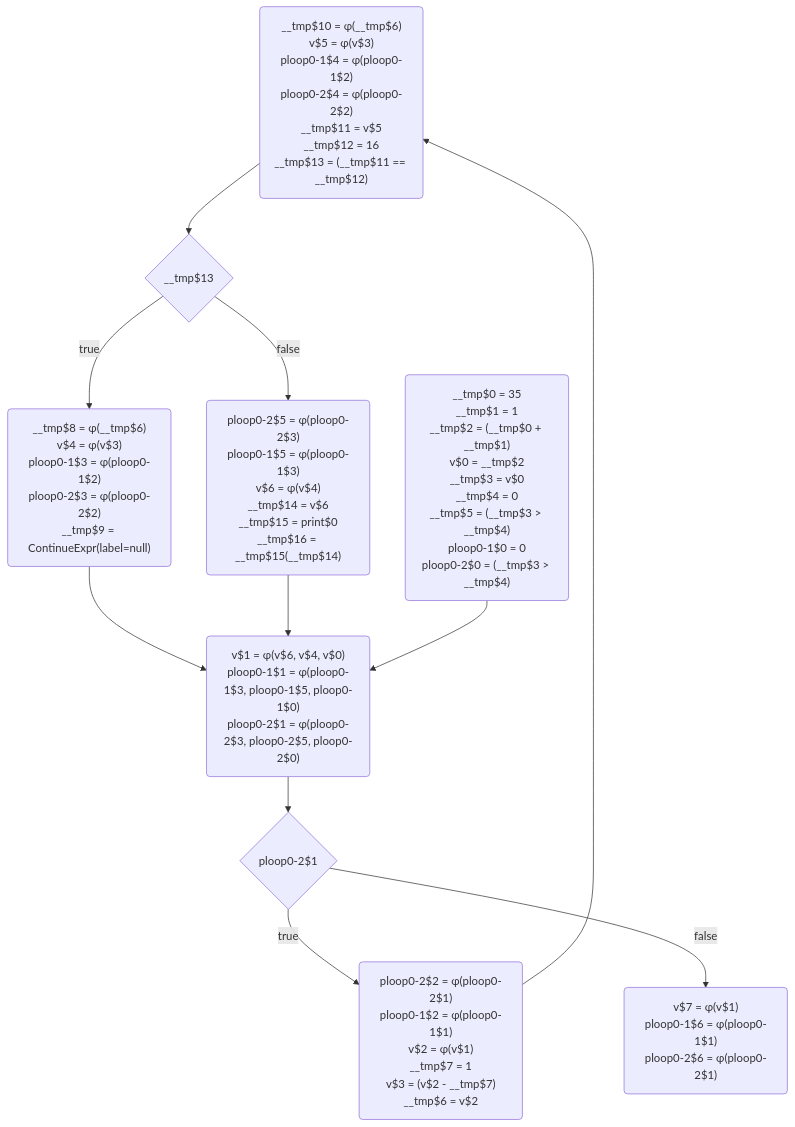
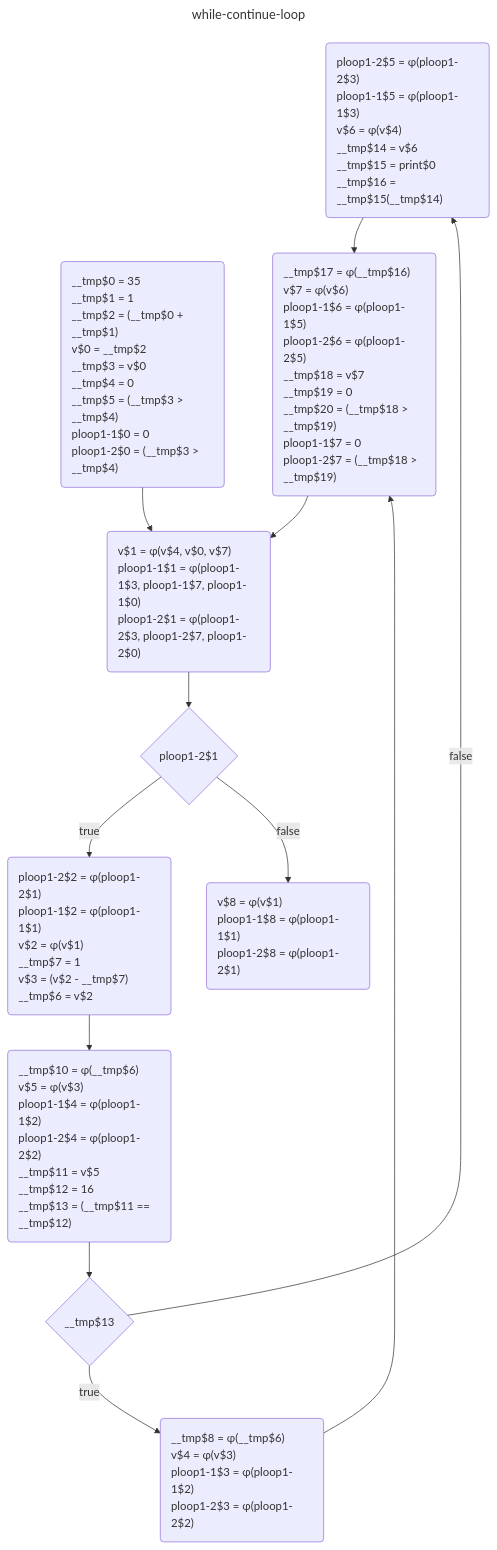
One commit to dee-tree/sav-lab1 changed the diagram in res/while-continue-loop/ssa-diagram_unoptimized.mmd. Above: the diagram before and after it, drawn with Mermaid. The commit also changed 33 other files, not shown here.

```diff
--- a/res/while-continue-loop/ssa-diagram_unoptimized.mmd
+++ b/res/while-continue-loop/ssa-diagram_unoptimized.mmd
@@ -1,20 +1,26 @@
+---
+title: while-continue-loop
+---
 flowchart TD
-	if_cond$4("__tmp$10 = φ(__tmp$6)<br>v$5 = φ(v$3)<br>ploop0-1$4 = φ(ploop0-1$2)<br>ploop0-2$4 = φ(ploop0-2$2)<br>__tmp$11 = v$5<br>__tmp$12 = 16<br>__tmp$13 = (__tmp$11 == __tmp$12)")
-	cond$2{"ploop0-2$1"}
-	while_start$1("v$1 = φ(v$6, v$4, v$0)<br>ploop0-1$1 = φ(ploop0-1$3, ploop0-1$5, ploop0-1$0)<br>ploop0-2$1 = φ(ploop0-2$3, ploop0-2$5, ploop0-2$0)")
-	cond$5{"__tmp$13"}
-	while_exit$8("v$7 = φ(v$1)<br>ploop0-1$6 = φ(ploop0-1$1)<br>ploop0-2$6 = φ(ploop0-2$1)")
-	entry$0("__tmp$0 = 35<br>__tmp$1 = 1<br>__tmp$2 = (__tmp$0 + __tmp$1)<br>v$0 = __tmp$2<br>__tmp$3 = v$0<br>__tmp$4 = 0<br>__tmp$5 = (__tmp$3 > __tmp$4)<br>ploop0-1$0 = 0<br>ploop0-2$0 = (__tmp$3 > __tmp$4)")
-	while_body$3("ploop0-2$2 = φ(ploop0-2$1)<br>ploop0-1$2 = φ(ploop0-1$1)<br>v$2 = φ(v$1)<br>__tmp$7 = 1<br>v$3 = (v$2 - __tmp$7)<br>__tmp$6 = v$2")
-	if_merged$7("ploop0-2$5 = φ(ploop0-2$3)<br>ploop0-1$5 = φ(ploop0-1$3)<br>v$6 = φ(v$4)<br>__tmp$14 = v$6<br>__tmp$15 = print$0<br>__tmp$16 = __tmp$15(__tmp$14)")
-	if_true$6("__tmp$8 = φ(__tmp$6)<br>v$4 = φ(v$3)<br>ploop0-1$3 = φ(ploop0-1$2)<br>ploop0-2$3 = φ(ploop0-2$2)<br>__tmp$9 = ContinueExpr(label=null)")
-	while_body$3 -->  if_cond$4
-	cond$5 --> |"false"| if_merged$7
+	if_merged$8("ploop1-2$5 = φ(ploop1-2$3)<br>ploop1-1$5 = φ(ploop1-1$3)<br>v$6 = φ(v$4)<br>__tmp$14 = v$6<br>__tmp$15 = print$0<br>__tmp$16 = __tmp$15(__tmp$14)"):::defstyle
+	while_start$1("v$1 = φ(v$4, v$0, v$7)<br>ploop1-1$1 = φ(ploop1-1$3, ploop1-1$7, ploop1-1$0)<br>ploop1-2$1 = φ(ploop1-2$3, ploop1-2$7, ploop1-2$0)"):::defstyle
+	entry$0("__tmp$0 = 35<br>__tmp$1 = 1<br>__tmp$2 = (__tmp$0 + __tmp$1)<br>v$0 = __tmp$2<br>__tmp$3 = v$0<br>__tmp$4 = 0<br>__tmp$5 = (__tmp$3 > __tmp$4)<br>ploop1-1$0 = 0<br>ploop1-2$0 = (__tmp$3 > __tmp$4)"):::defstyle
+	while_body$3("ploop1-2$2 = φ(ploop1-2$1)<br>ploop1-1$2 = φ(ploop1-1$1)<br>v$2 = φ(v$1)<br>__tmp$7 = 1<br>v$3 = (v$2 - __tmp$7)<br>__tmp$6 = v$2"):::defstyle
+	if_cond$4("__tmp$10 = φ(__tmp$6)<br>v$5 = φ(v$3)<br>ploop1-1$4 = φ(ploop1-1$2)<br>ploop1-2$4 = φ(ploop1-2$2)<br>__tmp$11 = v$5<br>__tmp$12 = 16<br>__tmp$13 = (__tmp$11 == __tmp$12)"):::defstyle
+	cond$5{"__tmp$13"}:::defstyle
+	while_exit$9("v$8 = φ(v$1)<br>ploop1-1$8 = φ(ploop1-1$1)<br>ploop1-2$8 = φ(ploop1-2$1)"):::defstyle
+	cond$2{"ploop1-2$1"}:::defstyle
+	if_true$6("__tmp$8 = φ(__tmp$6)<br>v$4 = φ(v$3)<br>ploop1-1$3 = φ(ploop1-1$2)<br>ploop1-2$3 = φ(ploop1-2$2)"):::defstyle
+	null$7("__tmp$17 = φ(__tmp$16)<br>v$7 = φ(v$6)<br>ploop1-1$6 = φ(ploop1-1$5)<br>ploop1-2$6 = φ(ploop1-2$5)<br>__tmp$18 = v$7<br>__tmp$19 = 0<br>__tmp$20 = (__tmp$18 > __tmp$19)<br>ploop1-1$7 = 0<br>ploop1-2$7 = (__tmp$18 > __tmp$19)"):::defstyle
+	if_merged$8 -->  null$7
+	cond$5 --> |"false"| if_merged$8
+	if_cond$4 -->  cond$5
+	cond$5 --> |"true"| if_true$6
 	while_start$1 -->  cond$2
 	cond$2 --> |"true"| while_body$3
-	cond$2 --> |"false"| while_exit$8
-	if_true$6 -->  while_start$1
-	if_merged$7 -->  while_start$1
+	null$7 -->  while_start$1
 	entry$0 -->  while_start$1
-	if_cond$4 -->  cond$5
-	cond$5 --> |"true"| if_true$6
+	while_body$3 -->  if_cond$4
+	cond$2 --> |"false"| while_exit$9
+	if_true$6 -->  null$7
+classDef defstyle text-align: left;
```
